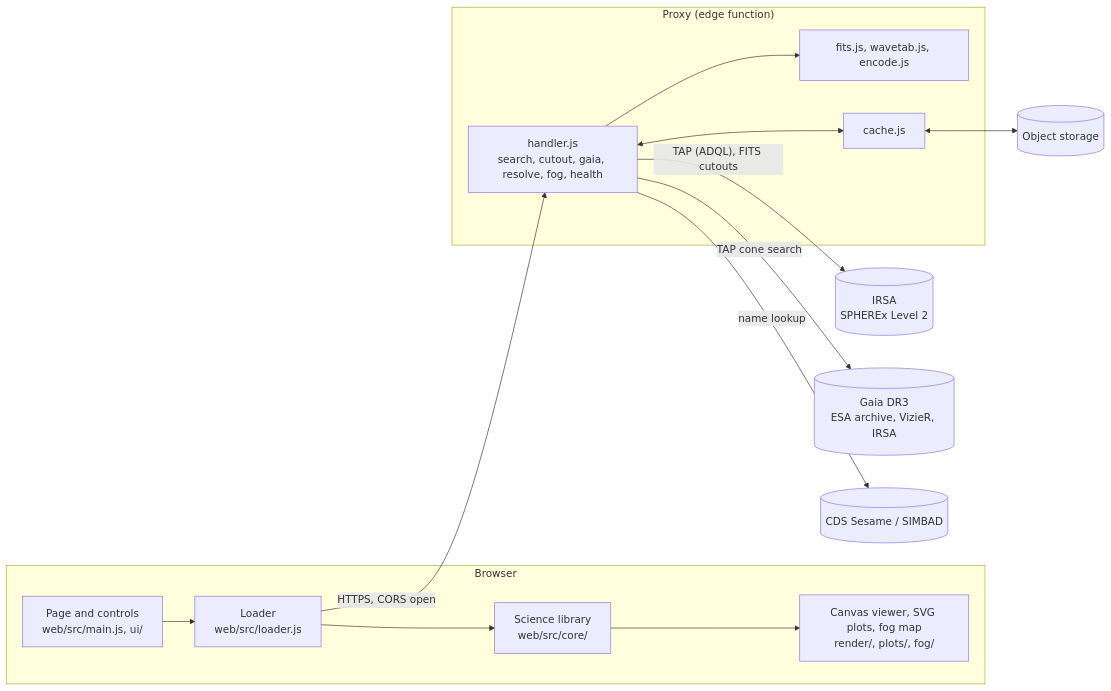
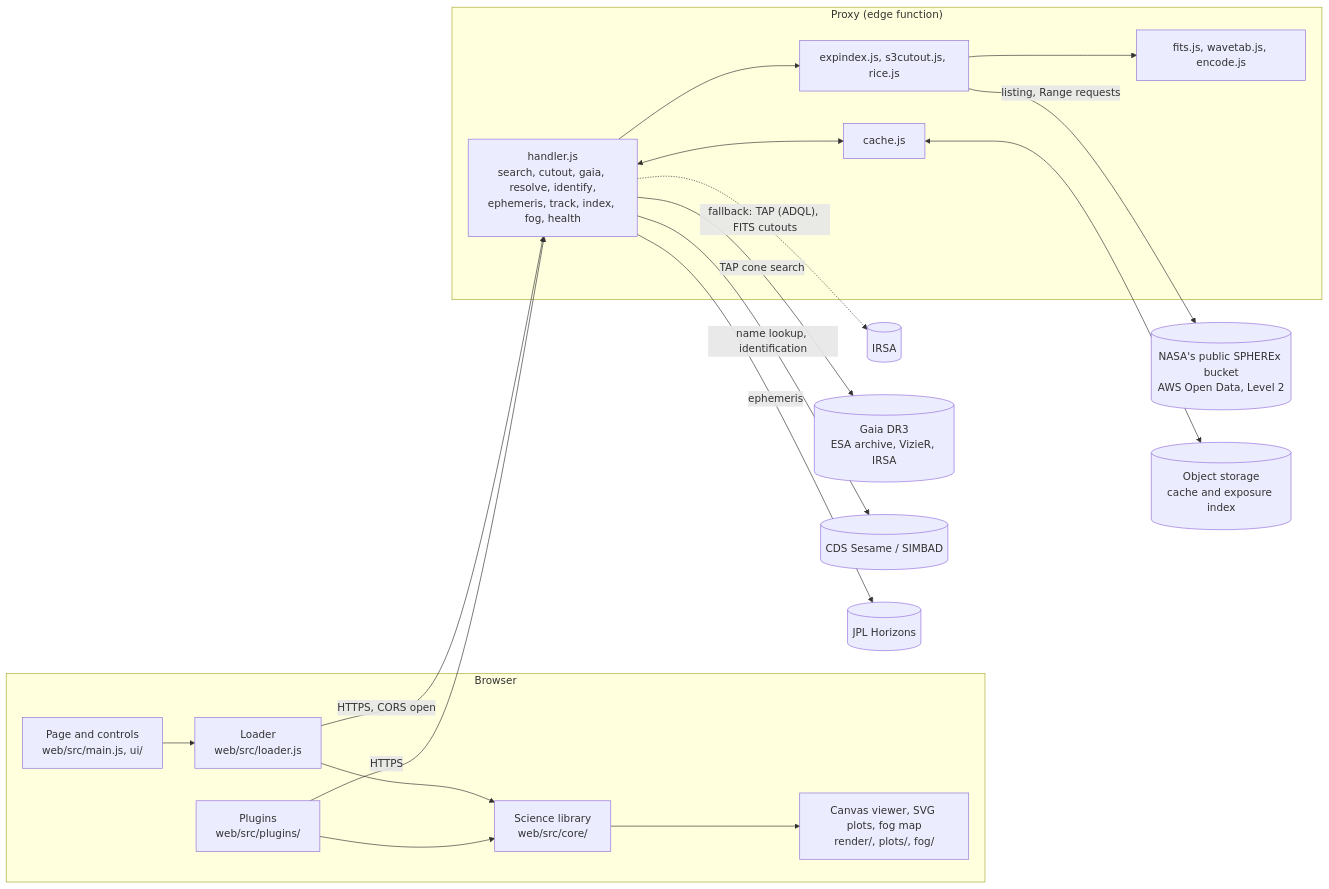
Before and after one commit to IshiakiZ/Batchly-Public: the diagram in apps/tombaugh/docs/ARCHITECTURE.md, drawn with Mermaid. The commit also changed other lines of this file and 52 other files, not shown here.

First line of the commit message:
Tombaugh: results on real data in the docs, release DOIs, front page, name-only links

````diff
--- a/apps/tombaugh/docs/ARCHITECTURE.md
+++ b/apps/tombaugh/docs/ARCHITECTURE.md
@@ -6,22 +11,28 @@
 ```mermaid
 flowchart LR
   subgraph Browser
     UI["Page and controls<br/>web/src/main.js, ui/"]
     LD["Loader<br/>web/src/loader.js"]
     CORE["Science library<br/>web/src/core/"]
     VIEW["Canvas viewer, SVG plots, fog map<br/>render/, plots/, fog/"]
+    PL["Plugins<br/>web/src/plugins/"]
     UI --> LD --> CORE --> VIEW
+    PL --> CORE
   end
   subgraph Proxy["Proxy (edge function)"]
-    H["handler.js<br/>search, cutout, gaia, resolve, fog, health"]
+    H["handler.js<br/>search, cutout, gaia, resolve, identify,<br/>ephemeris, track, index, fog, health"]
+    X["expindex.js, s3cutout.js, rice.js"]
     F["fits.js, wavetab.js, encode.js"]
     CA["cache.js"]
-    H --> F
+    H --> X --> F
     H <--> CA
   end
   LD -- "HTTPS, CORS open" --> H
-  H -- "TAP (ADQL), FITS cutouts" --> IRSA[("IRSA<br/>SPHEREx Level 2")]
+  PL -- "HTTPS" --> H
+  X -- "listing, Range requests" --> S3[("NASA's public SPHEREx bucket<br/>AWS Open Data, Level 2")]
+  H -. "fallback: TAP (ADQL), FITS cutouts" .-> IRSA[("IRSA")]
   H -- "TAP cone search" --> GAIA[("Gaia DR3<br/>ESA archive, VizieR, IRSA")]
-  H -- "name lookup" --> CDS[("CDS Sesame / SIMBAD")]
-  CA <--> ST[("Object storage")]
+  H -- "name lookup, identification" --> CDS[("CDS Sesame / SIMBAD")]
+  H -- "ephemeris" --> JPL[("JPL Horizons")]
+  CA <--> ST[("Object storage<br/>cache and exposure index")]
 ```
````
